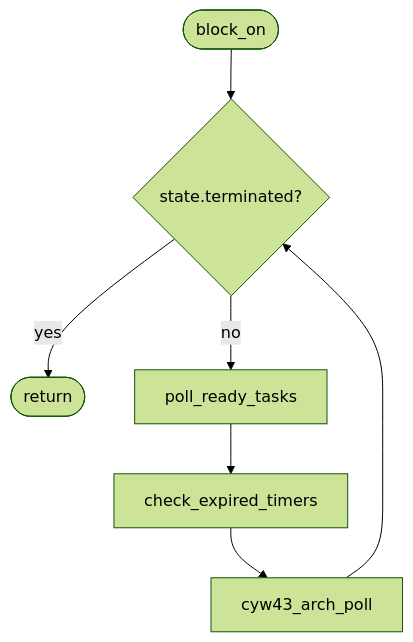
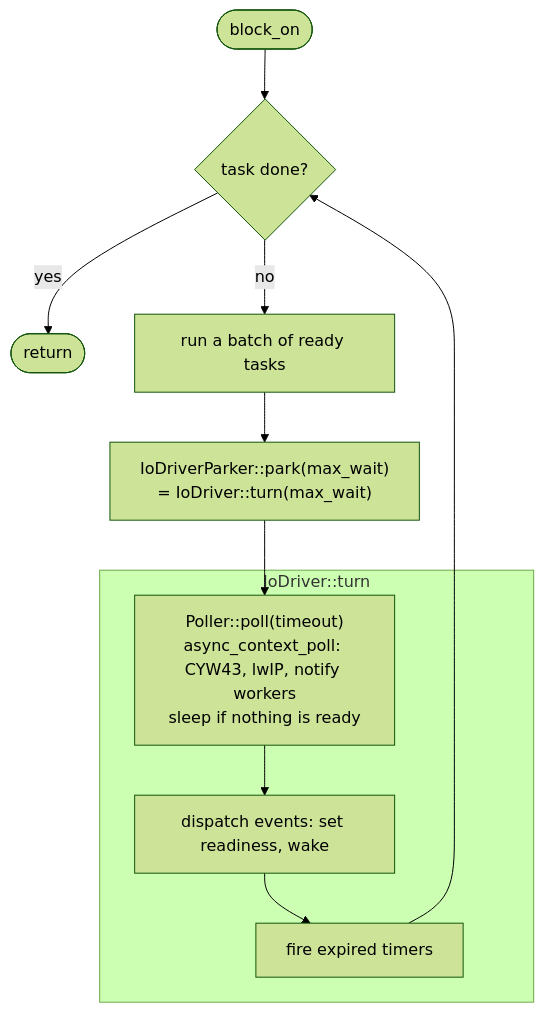
The second of 4 diagrams in doc/design/pico_port.md (bts164/coro), drawn with Mermaid (forest theme) before and after one commit. The commit also changed other lines of this file and 101 other files, not shown here.

````diff
--- a/doc/design/pico_port.md
+++ b/doc/design/pico_port.md
@@ -51,9 +80,15 @@
 ```mermaid
 flowchart TD
-    Start([block_on]) --> Check{state.terminated?}
-    Check -->|yes| End([return])
-    Check -->|no| Poll[poll_ready_tasks]
-    Poll --> Timers[check_expired_timers]
-    Timers --> WiFi[cyw43_arch_poll]
-    WiFi --> Check
+    Start([block_on]) --> Done{task done?}
+    Done -->|yes| End([return])
+    Done -->|no| Batch[run a batch of ready tasks]
+    Batch --> Turn["IoDriverParker::park(max_wait)<br/>= IoDriver::turn(max_wait)"]
+    subgraph turn["IoDriver::turn"]
+        Poll["Poller::poll(timeout)<br/>async_context_poll: CYW43, lwIP, notify workers<br/>sleep if nothing is ready"]
+        Dispatch[dispatch events: set readiness, wake]
+        Timers[fire expired timers]
+        Poll --> Dispatch --> Timers
+    end
+    Turn --> Poll
+    Timers --> Done
 ```
````
